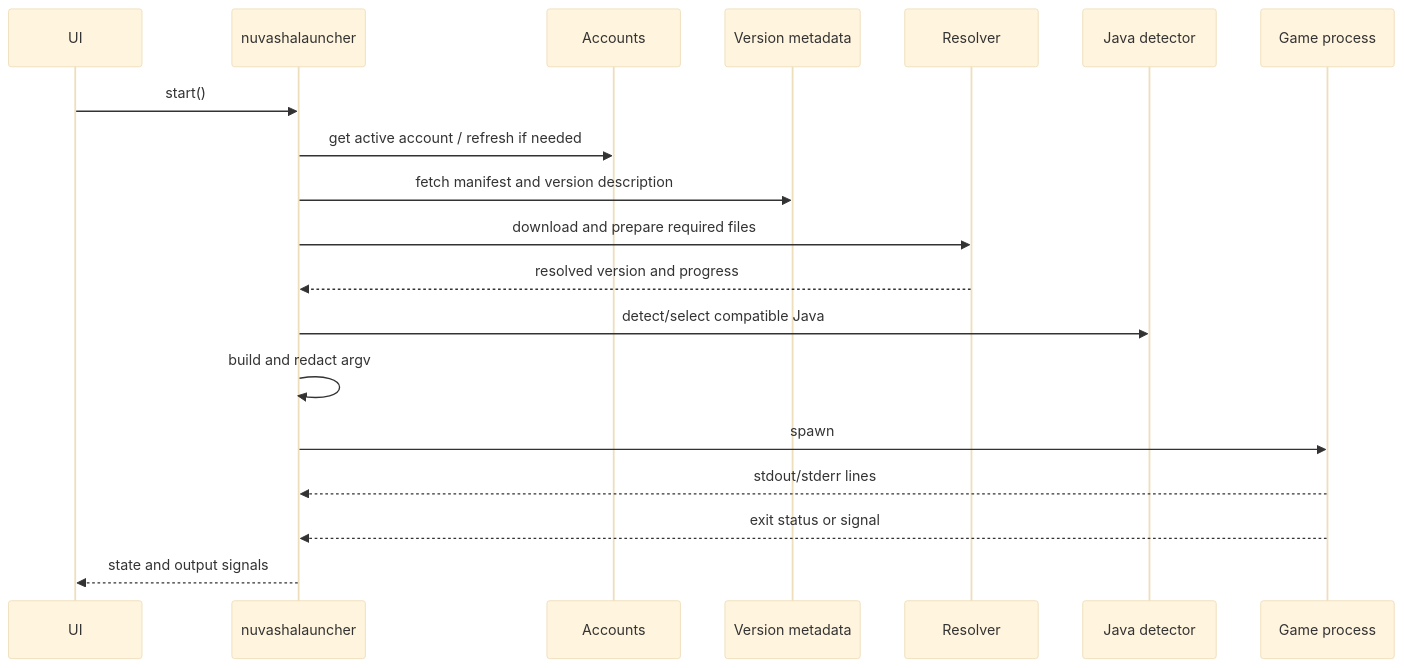
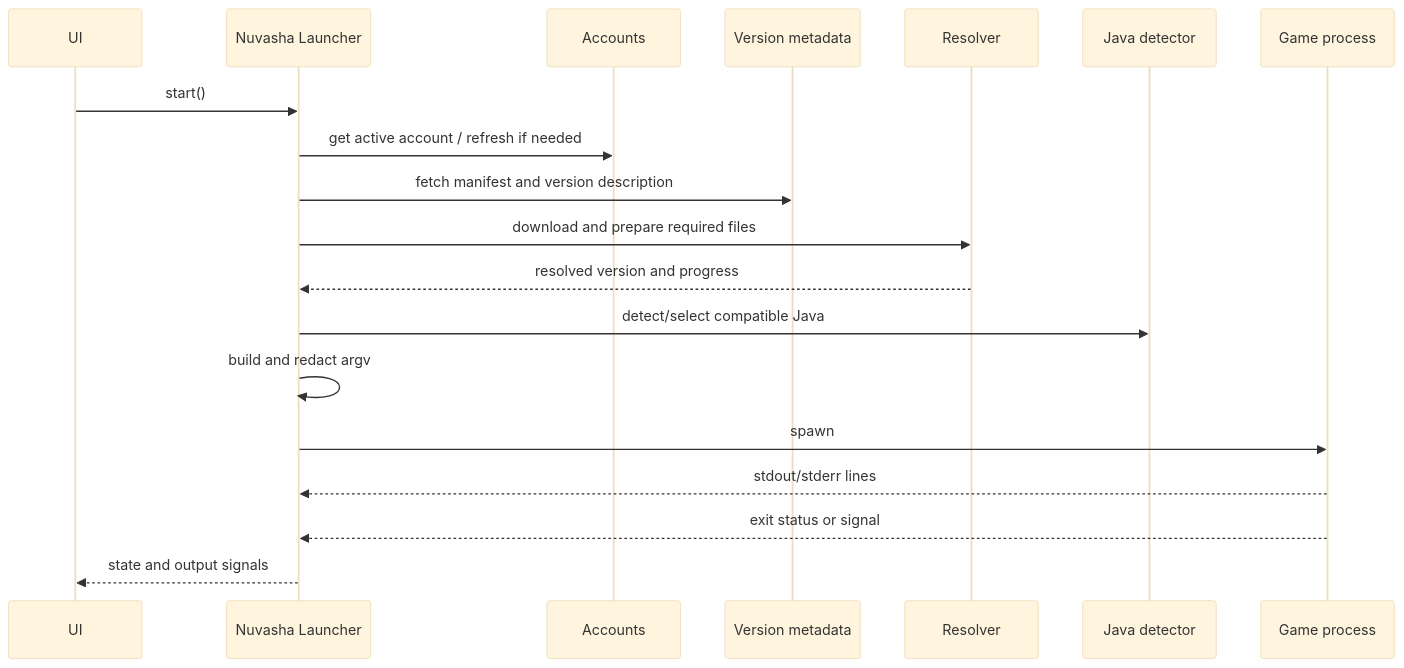
The third of 3 diagrams in docs/architecture.md (NuvashaLauncher/NuvashaLauncher), drawn with Mermaid (base theme) before and after one commit. The commit also changed other lines of this file and 36 other files, not shown here.

Commit message:
Use spaced Nuvasha Launcher branding

````diff
--- a/docs/architecture.md
+++ b/docs/architecture.md
@@ -373,22 +373,22 @@
 ```mermaid
 sequenceDiagram
     participant UI
-    participant L as nuvashalauncher
+    participant L as Nuvasha Launcher
     participant A as Accounts
     participant V as Version metadata
     participant R as Resolver
     participant J as Java detector
     participant P as Game process
 
     UI->>L: start()
     L->>A: get active account / refresh if needed
     L->>V: fetch manifest and version description
     L->>R: download and prepare required files
     R-->>L: resolved version and progress
     L->>J: detect/select compatible Java
     L->>L: build and redact argv
     L->>P: spawn
     P-->>L: stdout/stderr lines
     P-->>L: exit status or signal
     L-->>UI: state and output signals
 ```
````
